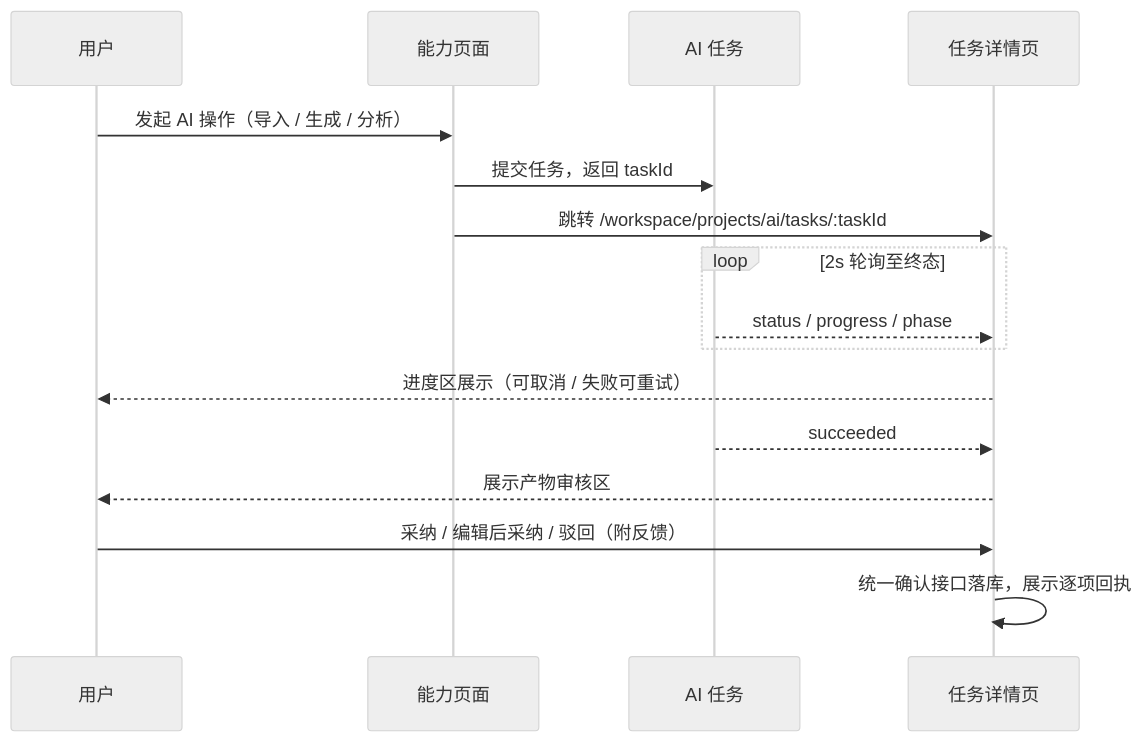
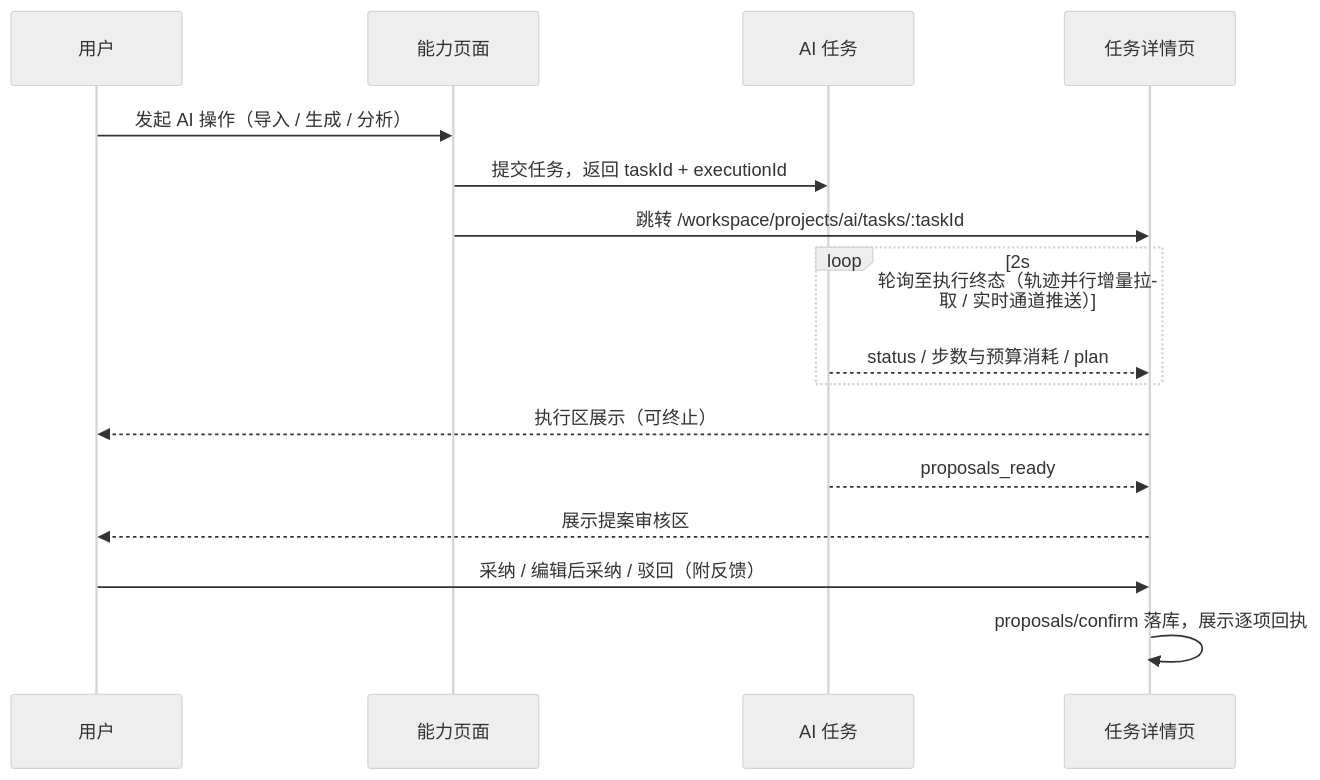
Before and after one commit to XiaoMiSum/robotest: the second of 2 diagrams in docs/05-interaction-design/07-ai-capability/03-ai-task-ui.md, drawn with Mermaid (neutral theme). The commit also changed other lines of this file and 10 other files, not shown here.

````diff
--- a/docs/05-interaction-design/07-ai-capability/03-ai-task-ui.md
+++ b/docs/05-interaction-design/07-ai-capability/03-ai-task-ui.md
@@ -142,18 +145,18 @@
 ```mermaid
 sequenceDiagram
   participant U as 用户
   participant P as 能力页面
   participant T as AI 任务
   participant D as 任务详情页
   U->>P: 发起 AI 操作（导入 / 生成 / 分析）
-  P->>T: 提交任务，返回 taskId
+  P->>T: 提交任务，返回 taskId + executionId
   P->>D: 跳转 /workspace/projects/ai/tasks/:taskId
-  loop 2s 轮询至终态
-    T-->>D: status / progress / phase
+  loop 2s 轮询至执行终态（轨迹并行增量拉取 / 实时通道推送）
+    T-->>D: status / 步数与预算消耗 / plan
   end
-  D-->>U: 进度区展示（可取消 / 失败可重试）
-  T-->>D: succeeded
-  D-->>U: 展示产物审核区
+  D-->>U: 执行区展示（可终止）
+  T-->>D: proposals_ready
+  D-->>U: 展示提案审核区
   U->>D: 采纳 / 编辑后采纳 / 驳回（附反馈）
-  D->>D: 统一确认接口落库，展示逐项回执
+  D->>D: proposals/confirm 落库，展示逐项回执
 ```
````
